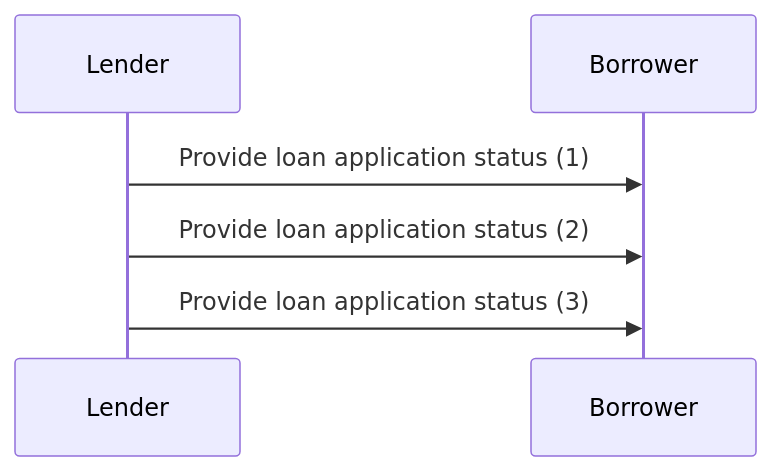
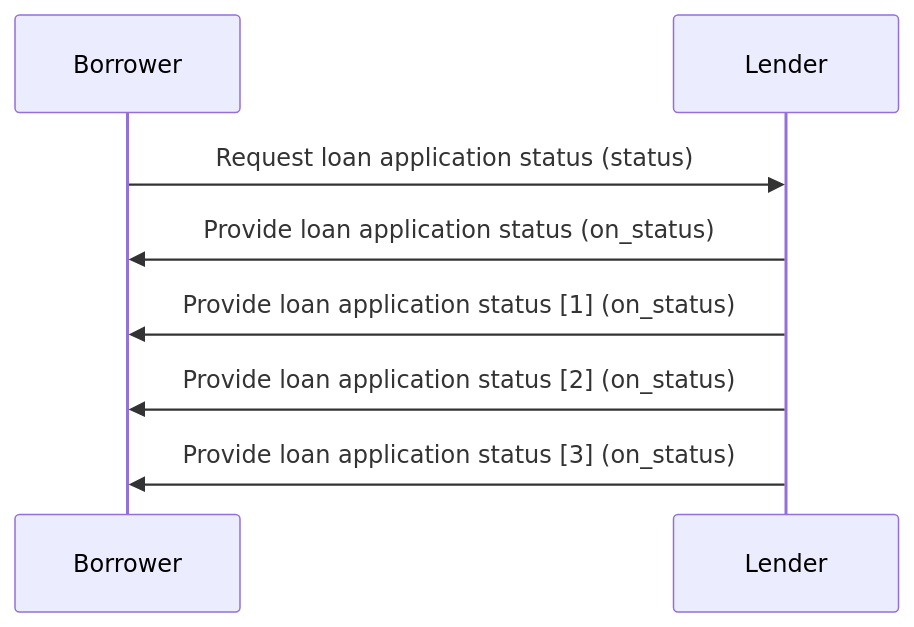
One commit to beckn/financial-services changed the fifth of 11 diagrams in docs/Generic-Credit-Application-Workflow.md. Above: the diagram before and after it, drawn with Mermaid. The commit also changed other lines of this file, not shown here.

````diff
--- a/docs/Generic-Credit-Application-Workflow.md
+++ b/docs/Generic-Credit-Application-Workflow.md
@@ -132,6 +174,8 @@
 ```mermaid
     sequenceDiagram
-    Lender->>Borrower: Provide loan application status (1)
-    Lender->>Borrower: Provide loan application status (2)
-    Lender->>Borrower: Provide loan application status (3)
+    Borrower->>Lender: Request loan application status (status)
+    Lender->>Borrower: Provide loan application status (on_status)
+    Lender->>Borrower: Provide loan application status [1] (on_status)
+    Lender->>Borrower: Provide loan application status [2] (on_status)
+    Lender->>Borrower: Provide loan application status [3] (on_status)
 ```
````
